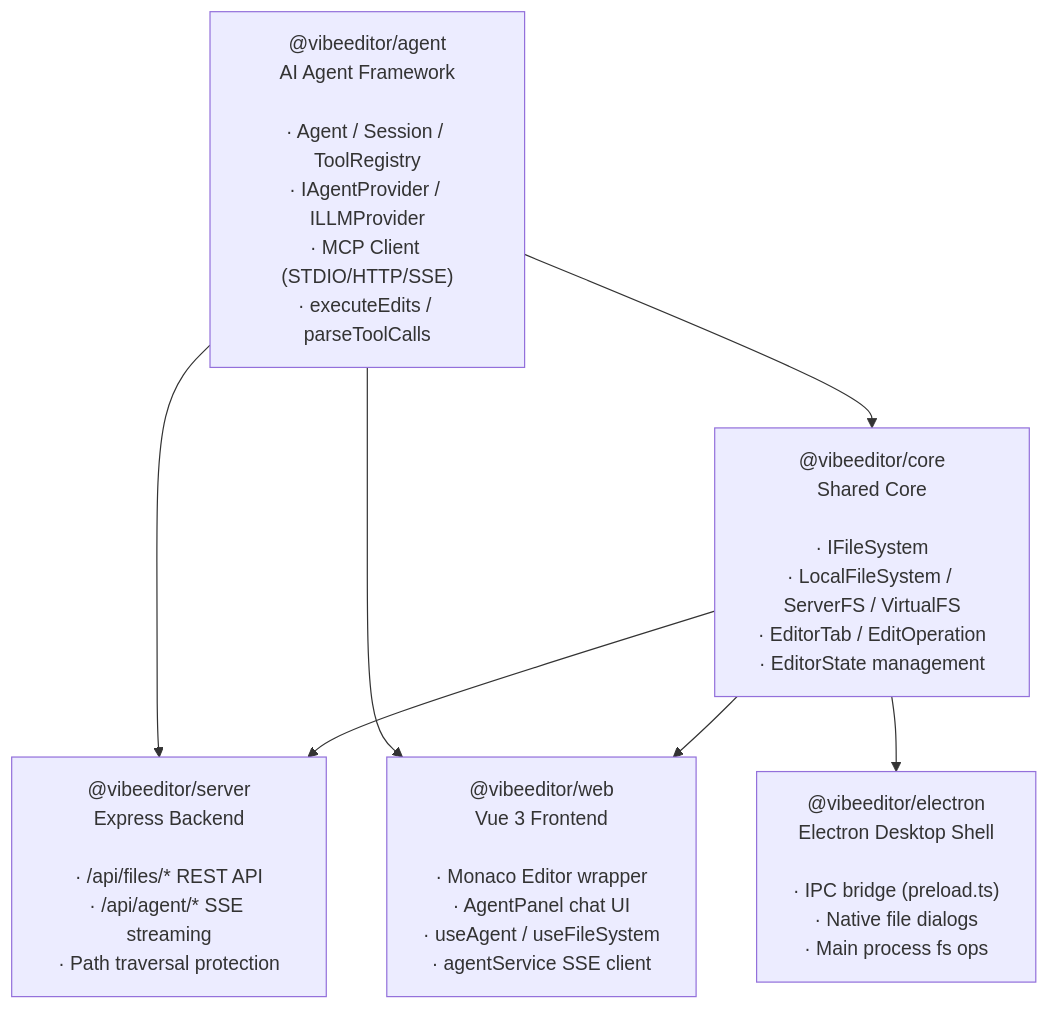
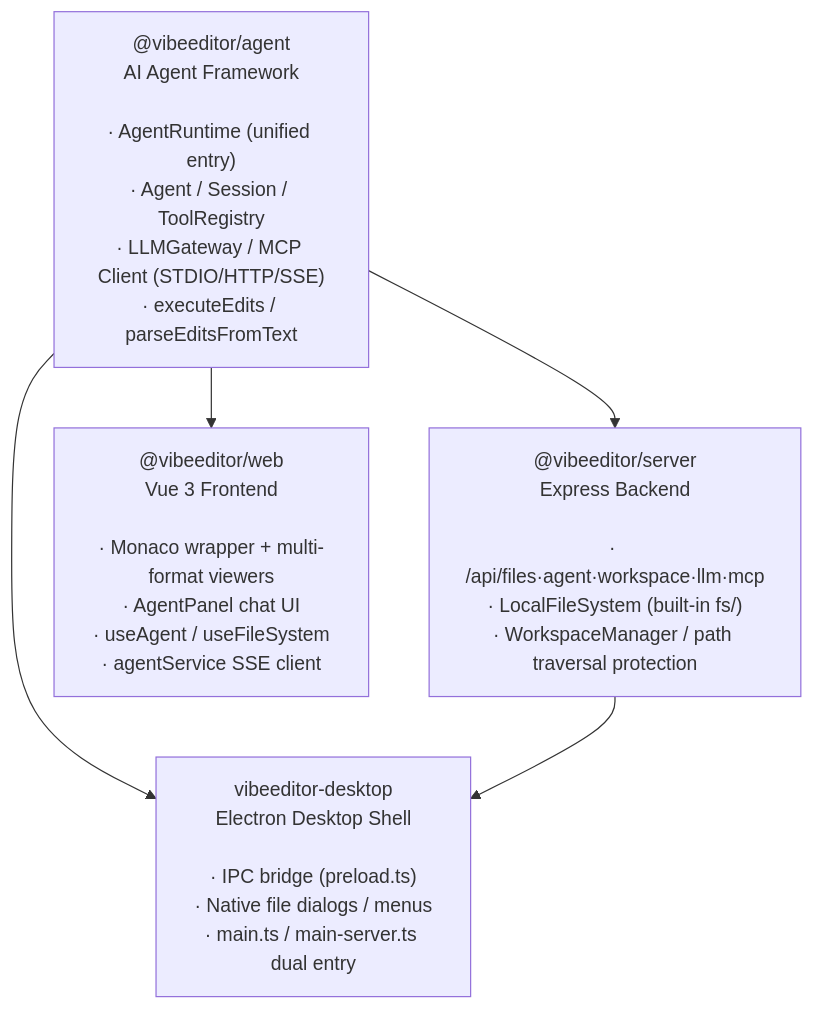
Before and after one commit to LSF1106/VibeEditor: the first of 5 diagrams in README_EN.md, drawn with Mermaid. The commit also changed other lines of this file and 9 other files, not shown here.

````diff
--- a/README_EN.md
+++ b/README_EN.md
@@ -108,15 +155,12 @@
 ```mermaid
 graph TD
-    agent["@vibeeditor/agent<br/>AI Agent Framework<br/><br/>· Agent / Session / ToolRegistry<br/>· IAgentProvider / ILLMProvider<br/>· MCP Client (STDIO/HTTP/SSE)<br/>· executeEdits / parseToolCalls"]
-    core["@vibeeditor/core<br/>Shared Core<br/><br/>· IFileSystem<br/>· LocalFileSystem / ServerFS / VirtualFS<br/>· EditorTab / EditOperation<br/>· EditorState management"]
-    server["@vibeeditor/server<br/>Express Backend<br/><br/>· /api/files/* REST API<br/>· /api/agent/* SSE streaming<br/>· Path traversal protection"]
-    web["@vibeeditor/web<br/>Vue 3 Frontend<br/><br/>· Monaco Editor wrapper<br/>· AgentPanel chat UI<br/>· useAgent / useFileSystem<br/>· agentService SSE client"]
-    electron["@vibeeditor/electron<br/>Electron Desktop Shell<br/><br/>· IPC bridge (preload.ts)<br/>· Native file dialogs<br/>· Main process fs ops"]
+    agent["@vibeeditor/agent<br/>AI Agent Framework<br/><br/>· AgentRuntime (unified entry)<br/>· Agent / Session / ToolRegistry<br/>· LLMGateway / MCP Client (STDIO/HTTP/SSE)<br/>· executeEdits / parseEditsFromText"]
+    server["@vibeeditor/server<br/>Express Backend<br/><br/>· /api/files·agent·workspace·llm·mcp<br/>· LocalFileSystem (built-in fs/)<br/>· WorkspaceManager / path traversal protection"]
+    web["@vibeeditor/web<br/>Vue 3 Frontend<br/><br/>· Monaco wrapper + multi-format viewers<br/>· AgentPanel chat UI<br/>· useAgent / useFileSystem<br/>· agentService SSE client"]
+    electron["vibeeditor-desktop<br/>Electron Desktop Shell<br/><br/>· IPC bridge (preload.ts)<br/>· Native file dialogs / menus<br/>· main.ts / main-server.ts dual entry"]
 
-    agent --> core
     agent --> server
     agent --> web
-    core --> server
-    core --> web
-    core --> electron
+    agent --> electron
+    server --> electron
 ```
````
